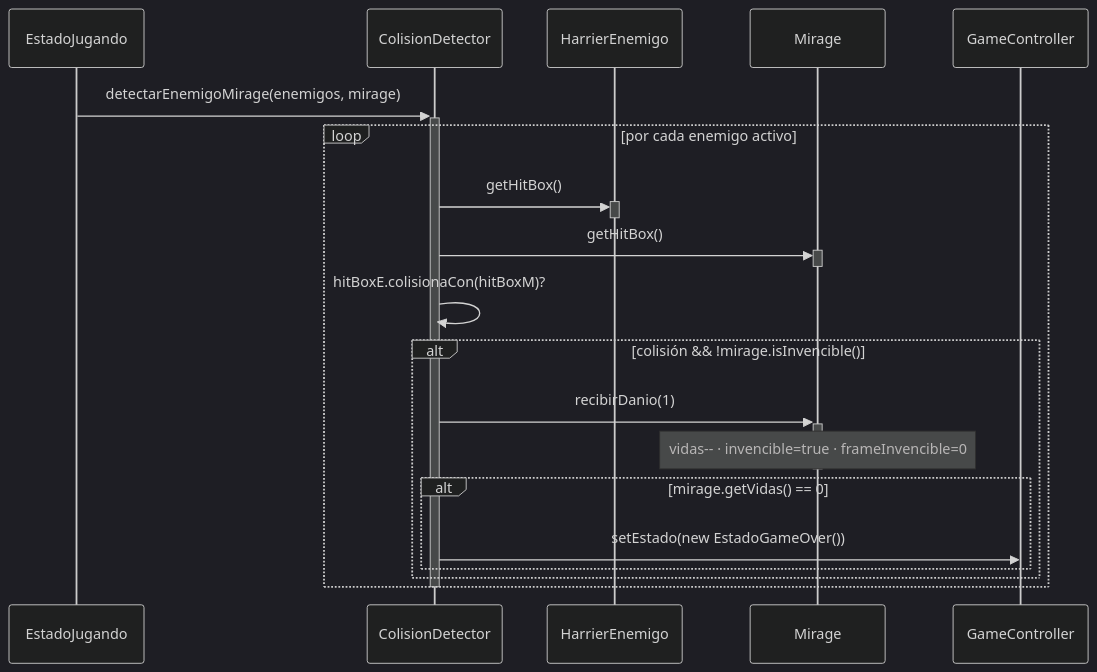
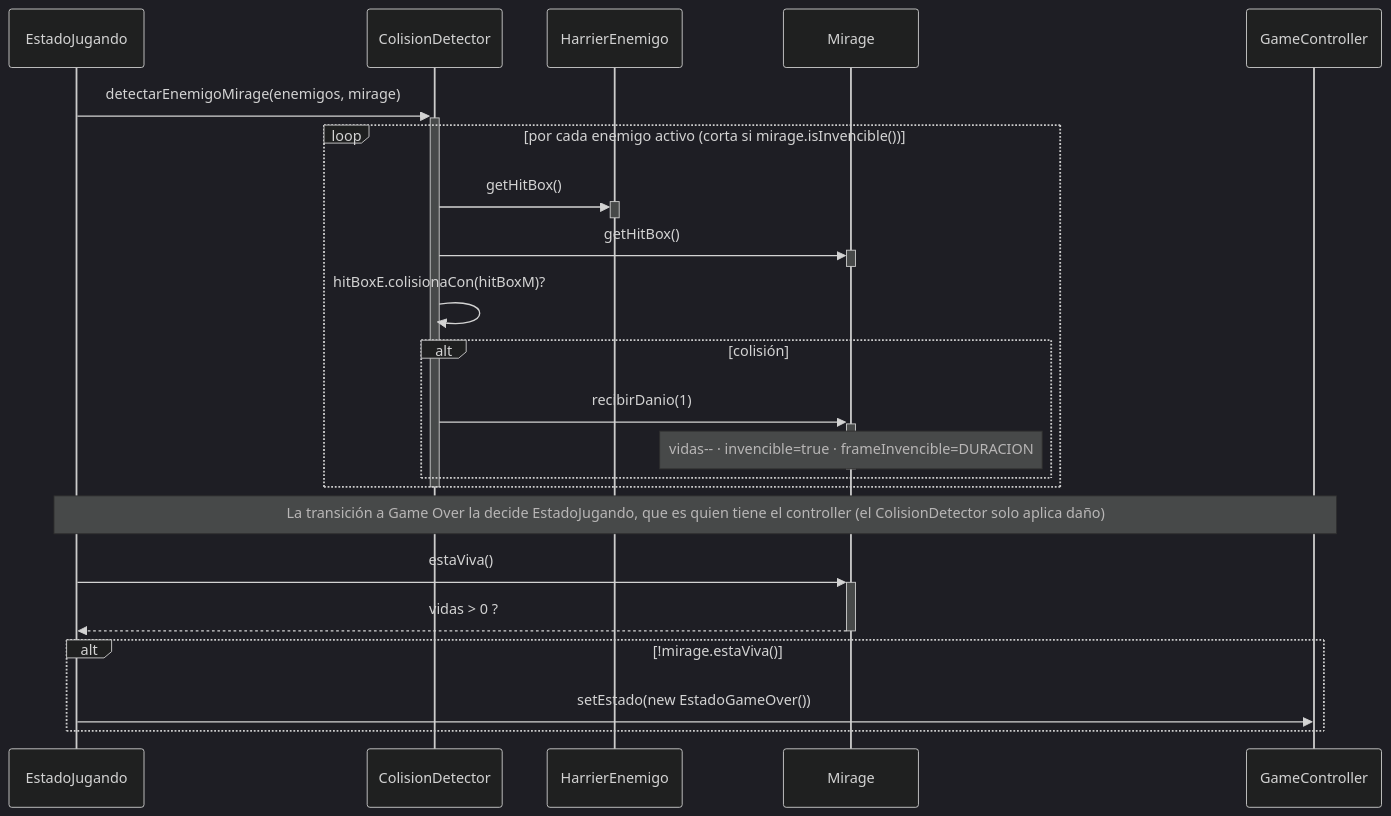
Before and after one commit to Christian-Rojas-Rodriguez/juego-1982: the sixth of 9 diagrams in docs/v1/analisis/casos-de-uso.md, drawn with Mermaid (dark theme). The commit also changed 4 other files, not shown here.

First line of the commit message:
feat: implementar UC-05 (enemigo impacta al Mirage)

````diff
--- a/docs/v1/analisis/casos-de-uso.md
+++ b/docs/v1/analisis/casos-de-uso.md
@@ -232,26 +232,30 @@
 ```mermaid
 sequenceDiagram
     participant EstadoJugando
     participant ColisionDetector
     participant HarrierEnemigo
     participant Mirage
     participant GameController
 
     EstadoJugando->>+ColisionDetector: detectarEnemigoMirage(enemigos, mirage)
-    loop por cada enemigo activo
+    loop por cada enemigo activo (corta si mirage.isInvencible())
         ColisionDetector->>+HarrierEnemigo: getHitBox()
         deactivate HarrierEnemigo
         ColisionDetector->>+Mirage: getHitBox()
         deactivate Mirage
         ColisionDetector->>ColisionDetector: hitBoxE.colisionaCon(hitBoxM)?
-        alt colisión && !mirage.isInvencible()
+        alt colisión
             ColisionDetector->>+Mirage: recibirDanio(1)
-            Note over Mirage: vidas-- · invencible=true · frameInvencible=0
+            Note over Mirage: vidas-- · invencible=true · frameInvencible=DURACION
             deactivate Mirage
-            alt mirage.getVidas() == 0
-                ColisionDetector->>GameController: setEstado(new EstadoGameOver())
-            end
         end
     end
     deactivate ColisionDetector
+
+    Note over EstadoJugando,GameController: La transición a Game Over la decide EstadoJugando, que es quien tiene el controller (el ColisionDetector solo aplica daño)
+    EstadoJugando->>+Mirage: estaViva()
+    Mirage-->>-EstadoJugando: vidas > 0 ?
+    alt !mirage.estaViva()
+        EstadoJugando->>GameController: setEstado(new EstadoGameOver())
+    end
 ```
````
